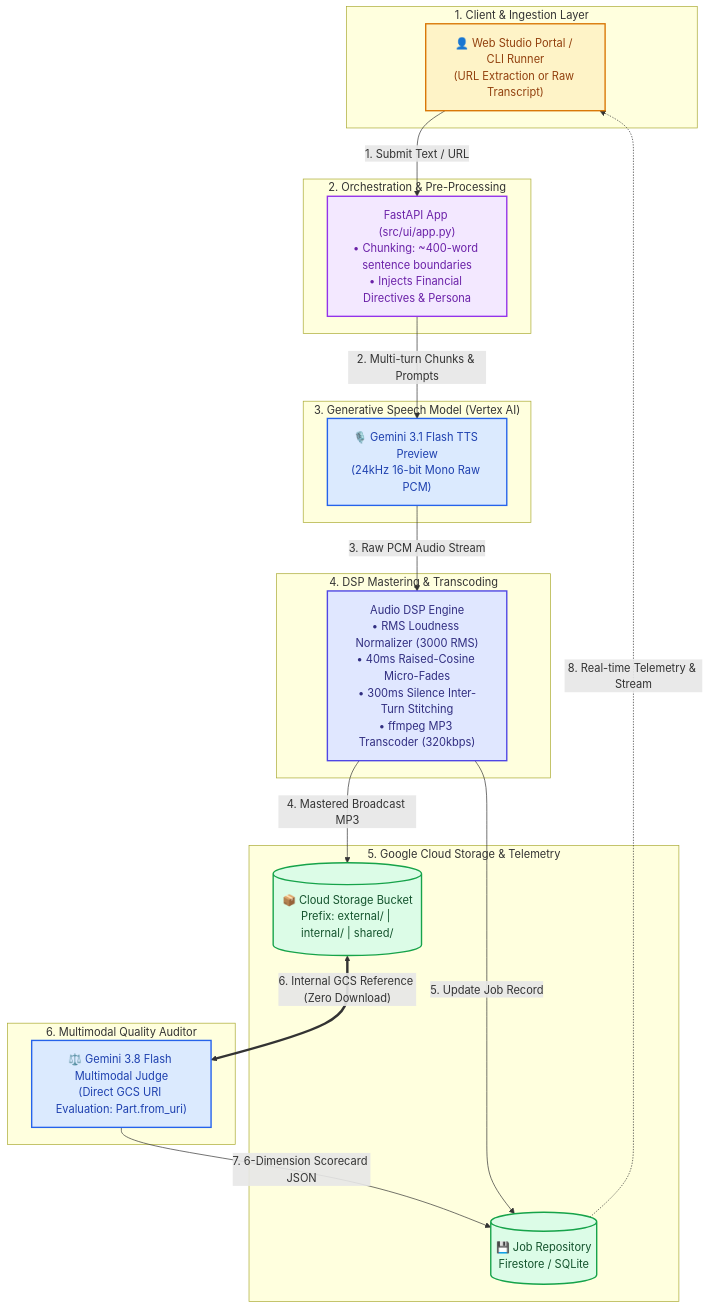
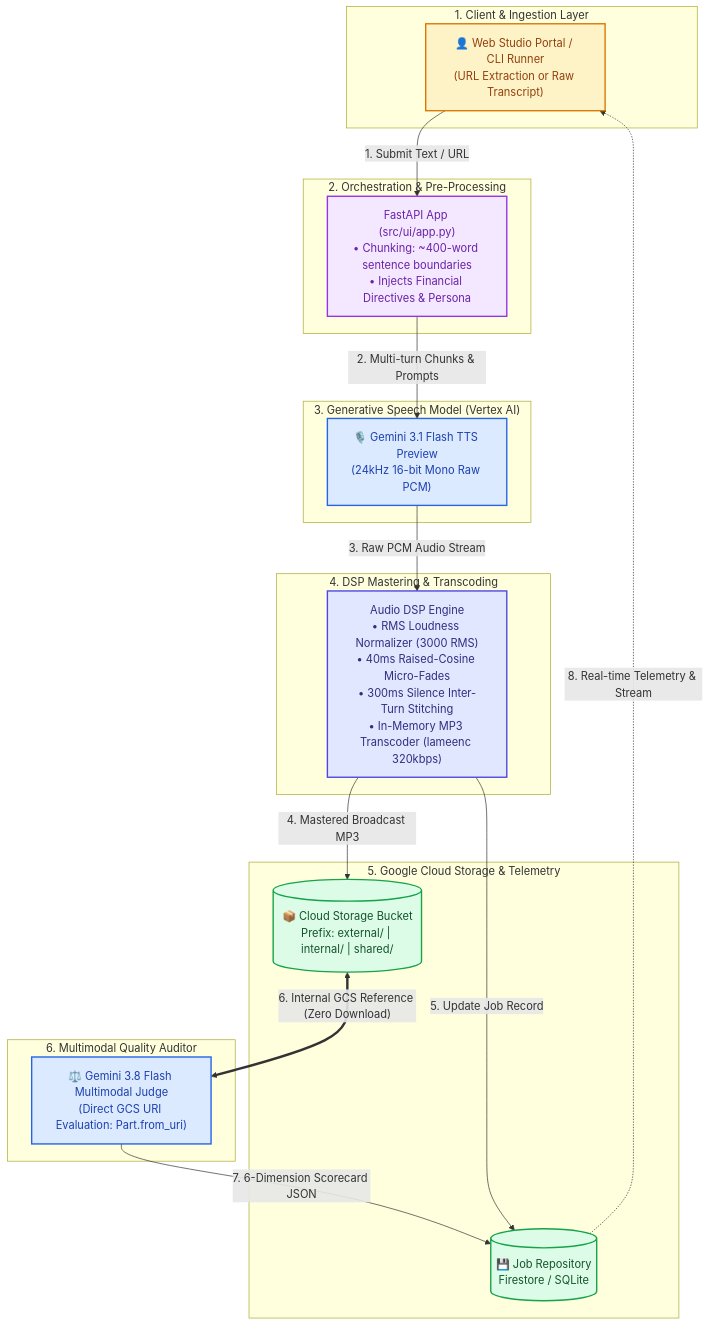
Before and after one commit to raju-rangan/tts-demo: the diagram in README.md, drawn with Mermaid. The commit also changed other lines of this file and 5 other files, not shown here.

Commit message:
feat(audio): migrate to in-memory lameenc MP3 transcoding for Cloud Run portability

````diff
--- a/README.md
+++ b/README.md
@@ -19,49 +19,49 @@
 ```mermaid
 flowchart TD
     %% Styling
     classDef clientStyle fill:#FEF3C7,stroke:#D97706,stroke-width:2px,color:#92400E;
     classDef computeStyle fill:#F3E8FF,stroke:#9333EA,stroke-width:2px,color:#6B21A8;
     classDef aiStyle fill:#DBEAFE,stroke:#2563EB,stroke-width:2px,color:#1E40AF;
     classDef dspStyle fill:#E0E7FF,stroke:#4F46E5,stroke-width:2px,color:#312E81;
     classDef storageStyle fill:#DCFCE7,stroke:#16A34A,stroke-width:2px,color:#14532D;
 
     subgraph CLIENT["1. Client & Ingestion Layer"]
         UI["👤 Web Studio Portal / CLI Runner<br/>(URL Extraction or Raw Transcript)"]
     end
 
     subgraph ORCHESTRATION["2. Orchestration & Pre-Processing"]
         API["FastAPI App (src/ui/app.py)<br/>• Chunking: ~400-word sentence boundaries<br/>• Injects Financial Directives & Persona"]
     end
 
     subgraph AI_GEN["3. Generative Speech Model (Vertex AI)"]
         GEMINI_TTS["🎙️ Gemini 3.1 Flash TTS Preview<br/>(24kHz 16-bit Mono Raw PCM)"]
     end
 
     subgraph DSP_CHAIN["4. DSP Mastering & Transcoding"]
-        DSP["Audio DSP Engine<br/>• RMS Loudness Normalizer (3000 RMS)<br/>• 40ms Raised-Cosine Micro-Fades<br/>• 300ms Silence Inter-Turn Stitching<br/>• ffmpeg MP3 Transcoder (320kbps)"]
+        DSP["Audio DSP Engine<br/>• RMS Loudness Normalizer (3000 RMS)<br/>• 40ms Raised-Cosine Micro-Fades<br/>• 300ms Silence Inter-Turn Stitching<br/>• In-Memory MP3 Transcoder (lameenc 320kbps)"]
     end
 
     subgraph PERSISTENCE["5. Google Cloud Storage & Telemetry"]
         GCS[("📦 Cloud Storage Bucket<br/>Prefix: external/ | internal/ | shared/")]
         REPO[("💾 Job Repository<br/>Firestore / SQLite")]
     end
 
     subgraph AI_JUDGE["6. Multimodal Quality Auditor"]
         JUDGE["⚖️ Gemini 3.8 Flash Multimodal Judge<br/>(Direct GCS URI Evaluation: Part.from_uri)"]
     end
 
     UI -->|"1. Submit Text / URL"| API
     API -->|"2. Multi-turn Chunks & Prompts"| GEMINI_TTS
     GEMINI_TTS -->|"3. Raw PCM Audio Stream"| DSP
     DSP -->|"4. Mastered Broadcast MP3"| GCS
     DSP -->|"5. Update Job Record"| REPO
     GCS <== "6. Internal GCS Reference (Zero Download)" ==> JUDGE
     JUDGE -->|"7. 6-Dimension Scorecard JSON"| REPO
     REPO -.->|"8. Real-time Telemetry & Stream"| UI
 
     class UI clientStyle;
     class API computeStyle;
     class GEMINI_TTS,JUDGE aiStyle;
     class DSP dspStyle;
     class GCS,REPO storageStyle;
 ```
````
